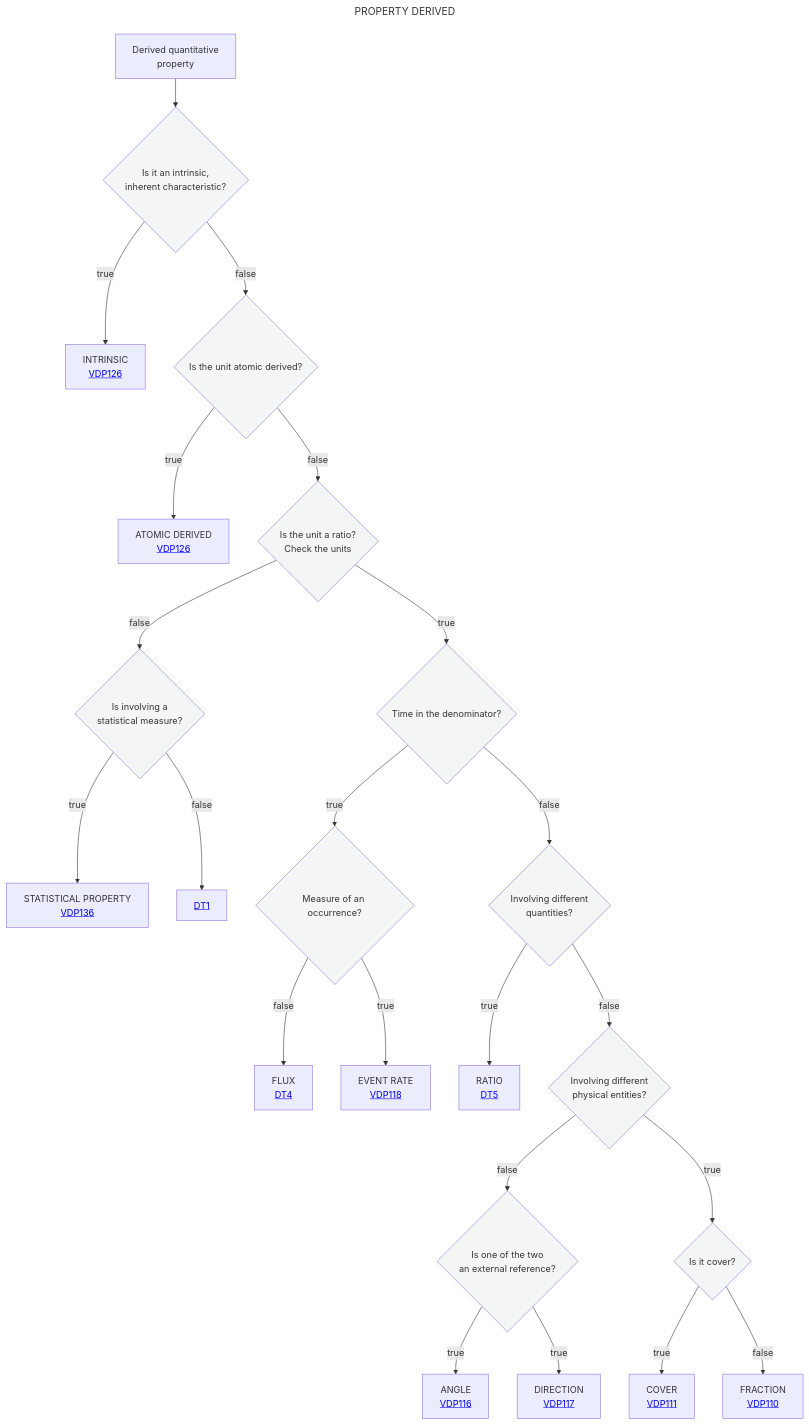
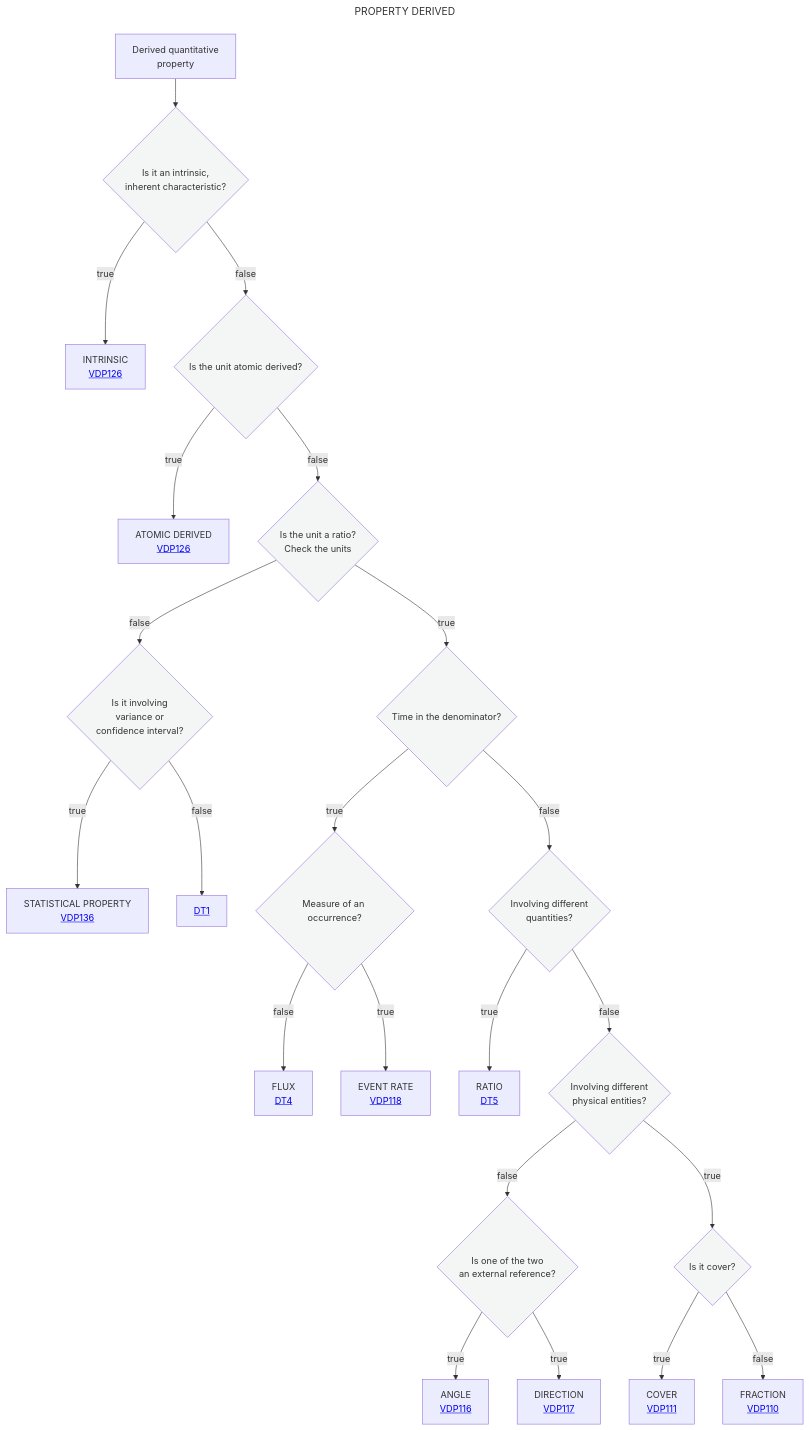
Before and after one commit to mabablue/I-ADOPT-patterns-playground: the diagram in Decisition_trees/DT3.mmd, drawn with Mermaid.

```diff
--- a/Decisition_trees/DT3.mmd
+++ b/Decisition_trees/DT3.mmd
@@ -1,29 +1,29 @@
 ---
 title: PROPERTY DERIVED
 ---
 flowchart TD
     A[Derived quantitative <br> property] --> AB{Is it an intrinsic, <br> inherent characteristic?}:::white
     AB --> |true|Y[INTRINSIC <br> <a href='https://github.com/mabablue/I-ADOPT-patterns-playground/blob/main/pattern/VDP126.yaml'>VDP126</a>]
     AB --> |false|ABB{Is the unit atomic derived?}:::white
     ABB --> |true|Z[ATOMIC DERIVED <br> <a href='https://github.com/mabablue/I-ADOPT-patterns-playground/blob/main/pattern/VDP126.yaml'>VDP126</a>]
     ABB --> |false|B{Is the unit a ratio?<br>Check the units}:::white
     B --> |true|N{Time in the denominator?}:::white
-    B --> |false|D{Is involving a <br> statistical measure?}:::white
+    B --> |false|D{Is it involving <br> variance or <br> confidence interval?}:::white
     D --> |true|G[STATISTICAL PROPERTY <br> <a href='https://github.com/mabablue/I-ADOPT-patterns-playground/blob/main/pattern/VDP136.yaml'>VDP136</a>]
     D --> |false|F[<a href='https://github.com/mabablue/I-ADOPT-patterns-playground/blob/main/Decisition_trees/DT2.mmd'>DT1</a>]
     N --> |true|E{Measure of an occurrence?}:::white
     E --> |false|K[FLUX <br> <a href='https://github.com/mabablue/I-ADOPT-patterns-playground/blob/main/Decisition_trees/DT4.mmd'> DT4</a>]
     E --> |true|J[EVENT RATE <br> <a href='https://github.com/mabablue/I-ADOPT-patterns-playground/blob/main/pattern/VDP118.yaml'>VDP118</a>]
     N --> |false|O{Involving different <br> quantities?}:::white
     O --> |true|P[RATIO <br> <a href='https://github.com/mabablue/I-ADOPT-patterns-playground/blob/main/Decisition_trees/DT5.mmd'> DT5</a>]
     O --> |false|Q{Involving different <br> physical entities?}:::white
     Q --> |false|R{Is one of the two <br> an external reference?}:::white
     R --> |true|L[ANGLE <br> <a href='https://github.com/mabablue/I-ADOPT-patterns-playground/blob/main/pattern/VDP116.yaml'>VDP116</a>]
     R --> |true|M[DIRECTION <br> <a href='https://github.com/mabablue/I-ADOPT-patterns-playground/blob/main/pattern/VDP117.yaml'>VDP117</a>]
     Q --> |true|S{Is it cover?}:::white
     S --> |true|X[COVER <br> <a href='https://github.com/mabablue/I-ADOPT-patterns-playground/blob/main/pattern/VDP111.yaml'>VDP111</a>]
     S --> |false|V[FRACTION <br> <a href='https://github.com/mabablue/I-ADOPT-patterns-playground/blob/main/pattern/VDP110.yaml'>VDP110</a>]
    classDef blue fill:#90D5FF
    classDef satblue fill:#57B9FF 
    classDef white fill:#f3f6f4
    classDef green fill:#6aa84f
```
